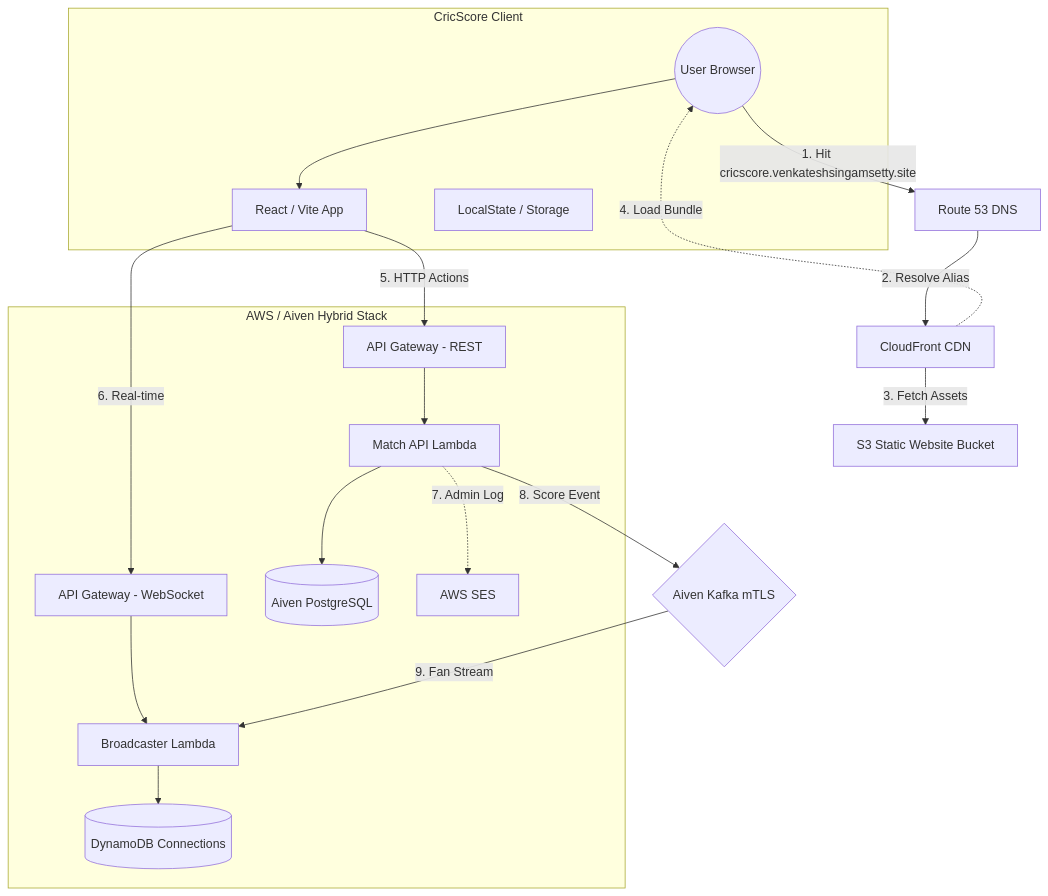
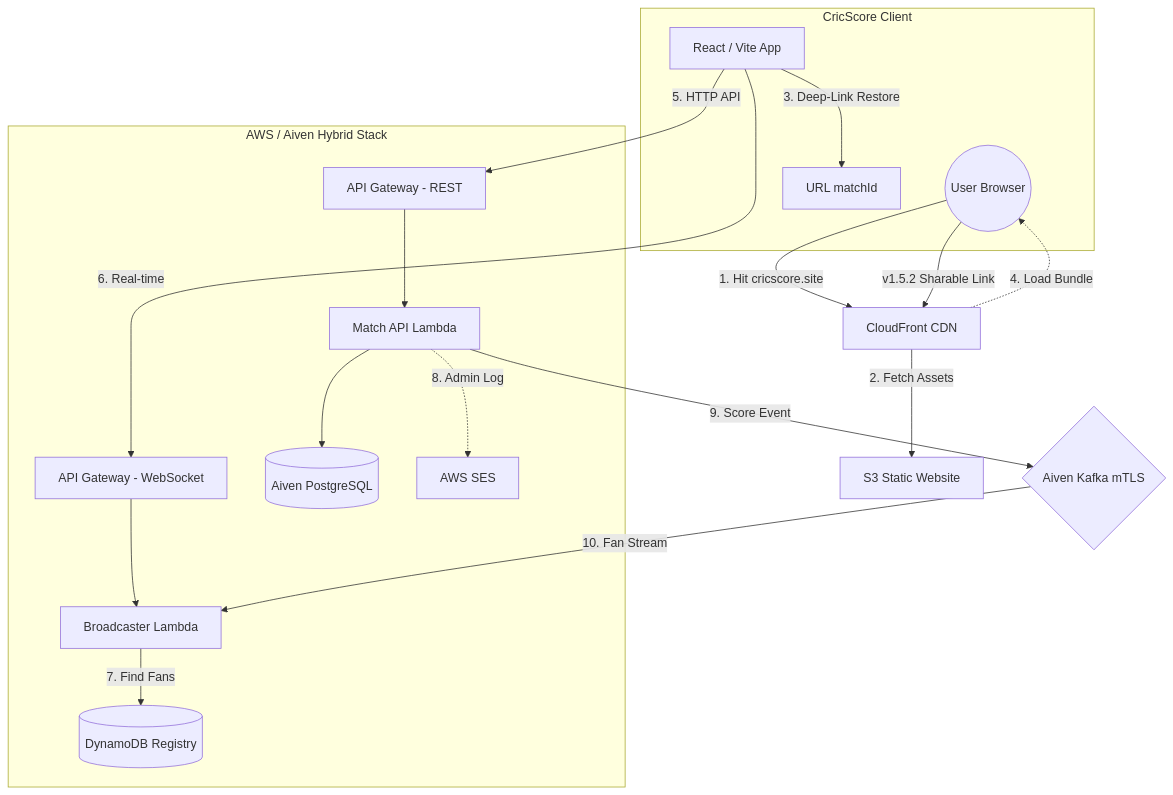
Before and after one commit to venkatesh-singamsetty/cric-score: the diagram in README.md, drawn with Mermaid. The commit also changed other lines of this file and 11 other files, not shown here.

````diff
--- a/README.md
+++ b/README.md
@@ -16,30 +27,28 @@
 ```mermaid
 graph TD
-    User((User Browser)) -->|1. Hit cricscore.venkateshsingamsetty.site| R53[Route 53 DNS]
-    R53 -->|2. Resolve Alias| CF[CloudFront CDN]
-    CF -->|3. Fetch Assets| S3[S3 Static Website Bucket]
+    User((User Browser)) -->|1. Hit cricscore.site| CF[CloudFront CDN]
+    User -->|v1.5.2 Sharable Link| CF
+    CF -->|2. Fetch Assets| S3[S3 Static Website]
     
     subgraph Browser_Environment [CricScore Client]
         User
         React[React / Vite App]
-        State[LocalState / Storage]
+        React -->|3. Deep-Link Restore| AppID[URL matchId]
     end
     
     CF -.->|4. Load Bundle| User
-    User --> React
-    
-    React -->|5. HTTP Actions| APIGW_REST[API Gateway - REST]
+    React -->|5. HTTP API| APIGW_REST[API Gateway - REST]
     React -->|6. Real-time| APIGW_WS[API Gateway - WebSocket]
     
     subgraph Backend_Cloud [AWS / Aiven Hybrid Stack]
         APIGW_REST --> Lambda_API[Match API Lambda]
         APIGW_WS --> Lambda_WS[Broadcaster Lambda]
         
         Lambda_API --> PG[(Aiven PostgreSQL)]
-        Lambda_WS --> DDB[(DynamoDB Connections)]
-        Lambda_API -.->|7. Admin Log| SES[AWS SES]
+        Lambda_WS -->|7. Find Fans| DDB[(DynamoDB Registry)]
+        Lambda_API -.->|8. Admin Log| SES[AWS SES]
     end
     
-    Lambda_API -->|8. Score Event| Kafka{Aiven Kafka mTLS}
-    Kafka -->|9. Fan Stream| Lambda_WS
+    Lambda_API -->|9. Score Event| Kafka{Aiven Kafka mTLS}
+    Kafka -->|10. Fan Stream| Lambda_WS
 ```
````
